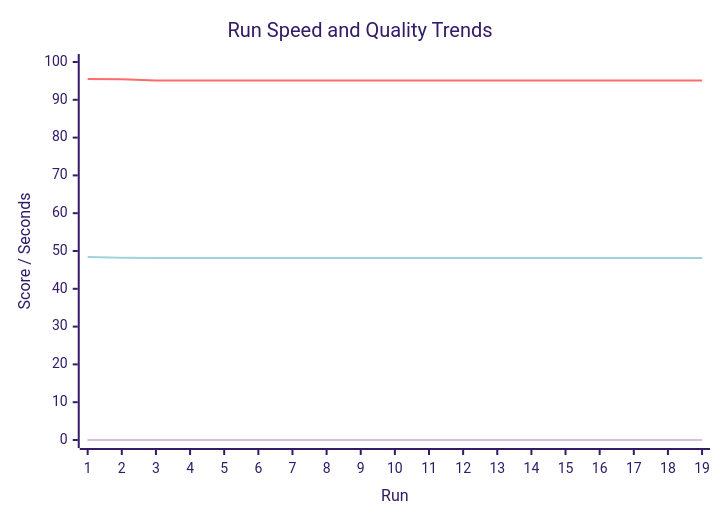
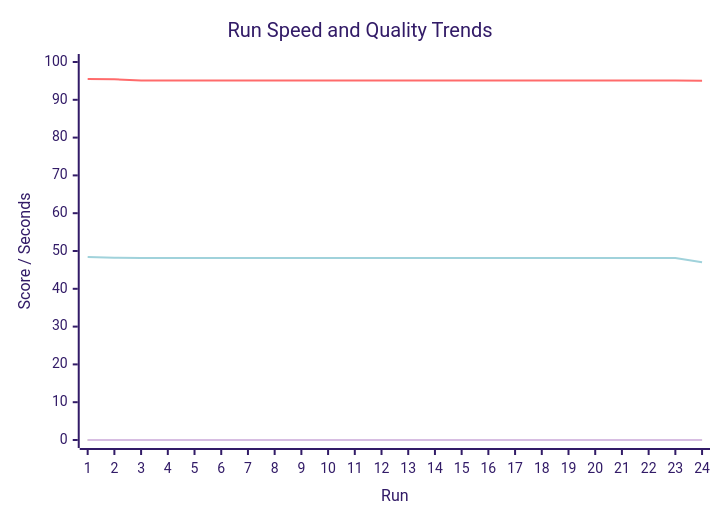
The first of 2 diagrams in reports-versioned/aggregated/run-results-dashboard.md (Jit-Paul-2008/Hexamind), drawn with Mermaid (forest theme) before and after one commit. The commit also changed other lines of this file and 69 other files, not shown here.

````diff
--- a/reports-versioned/aggregated/run-results-dashboard.md
+++ b/reports-versioned/aggregated/run-results-dashboard.md
@@ -11,11 +11,11 @@
 ```mermaid
 xychart-beta
     title "Run Speed and Quality Trends"
-    x-axis "Run" [1, 2, 3, 4, 5, 6, 7, 8, 9, 10, 11, 12, 13, 14, 15, 16, 17, 18, 19]
+    x-axis "Run" [1, 2, 3, 4, 5, 6, 7, 8, 9, 10, 11, 12, 13, 14, 15, 16, 17, 18, 19, 20, 21, 22, 23, 24]
     y-axis "Score / Seconds" 0 --> 100
-    line "Accuracy" [0.0, 0.0, 0.0, 0.0, 0.0, 0.0, 0.0, 0.0, 0.0, 0.0, 0.0, 0.0, 0.0, 0.0, 0.0, 0.0, 0.0, 0.0, 0.0]
-    line "Human-like" [95.51, 95.42, 95.12, 95.12, 95.12, 95.12, 95.12, 95.12, 95.12, 95.12, 95.12, 95.12, 95.12, 95.12, 95.12, 95.12, 95.12, 95.12, 95.12]
-    line "Usefulness" [48.39, 48.2, 48.17, 48.17, 48.17, 48.17, 48.17, 48.17, 48.17, 48.17, 48.17, 48.17, 48.17, 48.17, 48.17, 48.17, 48.17, 48.17, 48.17]
-    line "HumanReview" [0.0, 0.0, 0.0, 0.0, 0.0, 0.0, 0.0, 0.0, 0.0, 0.0, 0.0, 0.0, 0.0, 0.0, 0.0, 0.0, 0.0, 0.0, 0.0]
-    line "SpeedSeconds" [187.48, 238.47, 237.45, 236.94, 236.7, 236.62, 236.35, 236.35, 236.43, 236.48, 236.36, 236.37, 236.38, 236.58, 236.46, 236.59, 236.56, 236.52, 236.52]
+    line "Accuracy" [0.0, 0.0, 0.0, 0.0, 0.0, 0.0, 0.0, 0.0, 0.0, 0.0, 0.0, 0.0, 0.0, 0.0, 0.0, 0.0, 0.0, 0.0, 0.0, 0.0, 0.0, 0.0, 0.0, 0.0]
+    line "Human-like" [95.51, 95.42, 95.12, 95.12, 95.12, 95.12, 95.12, 95.12, 95.12, 95.12, 95.12, 95.12, 95.12, 95.12, 95.12, 95.12, 95.12, 95.12, 95.12, 95.12, 95.12, 95.12, 95.12, 95.02]
+    line "Usefulness" [48.39, 48.2, 48.17, 48.17, 48.17, 48.17, 48.17, 48.17, 48.17, 48.17, 48.17, 48.17, 48.17, 48.17, 48.17, 48.17, 48.17, 48.17, 48.17, 48.17, 48.17, 48.17, 48.17, 47.0]
+    line "HumanReview" [0.0, 0.0, 0.0, 0.0, 0.0, 0.0, 0.0, 0.0, 0.0, 0.0, 0.0, 0.0, 0.0, 0.0, 0.0, 0.0, 0.0, 0.0, 0.0, 0.0, 0.0, 0.0, 0.0, 0.0]
+    line "SpeedSeconds" [187.48, 238.47, 237.45, 236.94, 236.7, 236.62, 236.35, 236.35, 236.43, 236.48, 236.36, 236.37, 236.38, 236.58, 236.46, 236.59, 236.56, 236.52, 236.52, 236.42, 236.44, 236.67, 237.16, 236.71]
 ```
````
